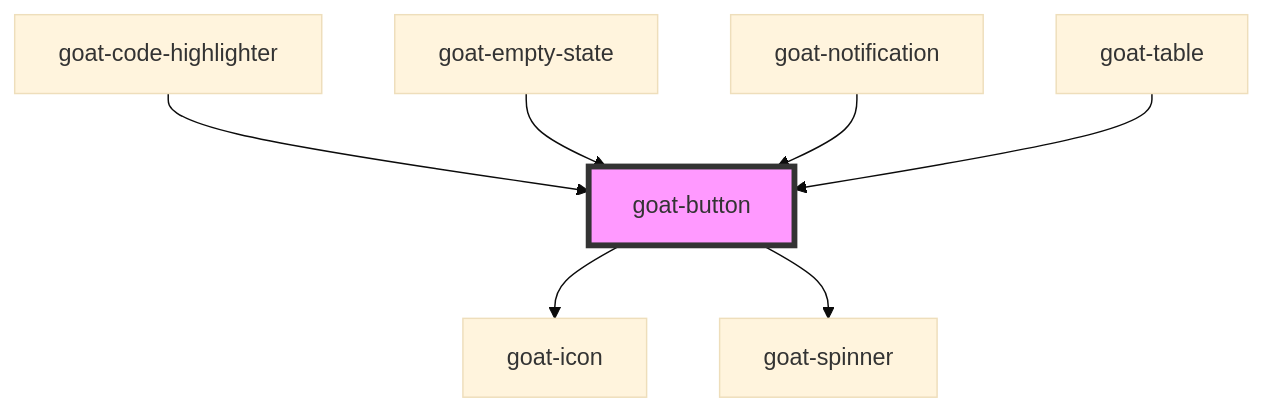
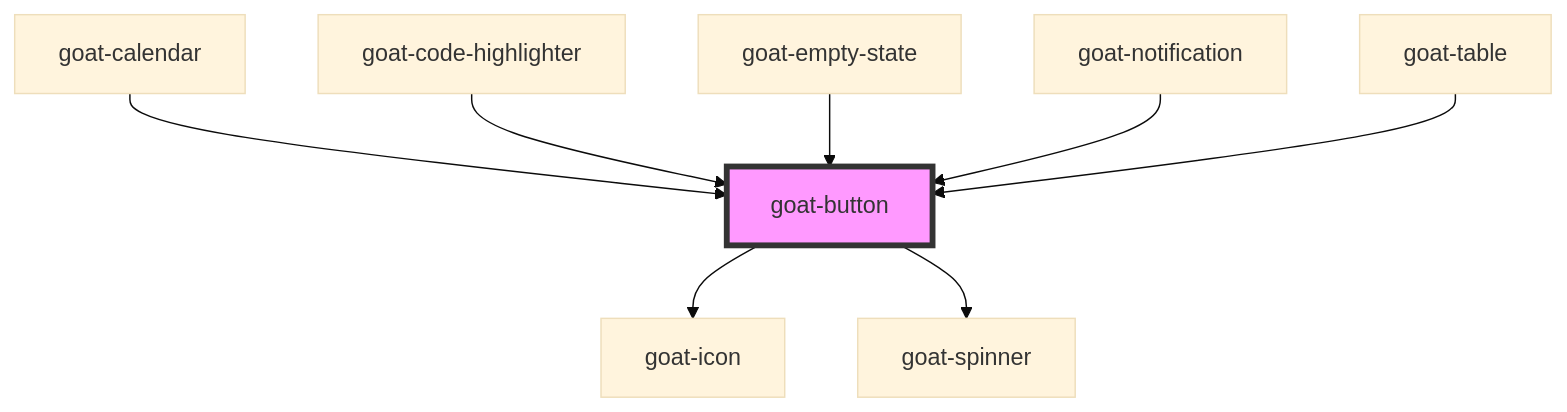
The diagram in src/components/controls/button/readme.md (goatui/components), drawn with Mermaid (base theme) before and after one commit. The commit also changed other lines of this file and 20 other files, not shown here.

````diff
--- a/src/components/controls/button/readme.md
+++ b/src/components/controls/button/readme.md
@@ -83,10 +84,11 @@
 ```mermaid
 graph TD;
   goat-button --> goat-icon
   goat-button --> goat-spinner
+  goat-calendar --> goat-button
   goat-code-highlighter --> goat-button
   goat-empty-state --> goat-button
   goat-notification --> goat-button
   goat-table --> goat-button
   style goat-button fill:#f9f,stroke:#333,stroke-width:4px
 ```
````
